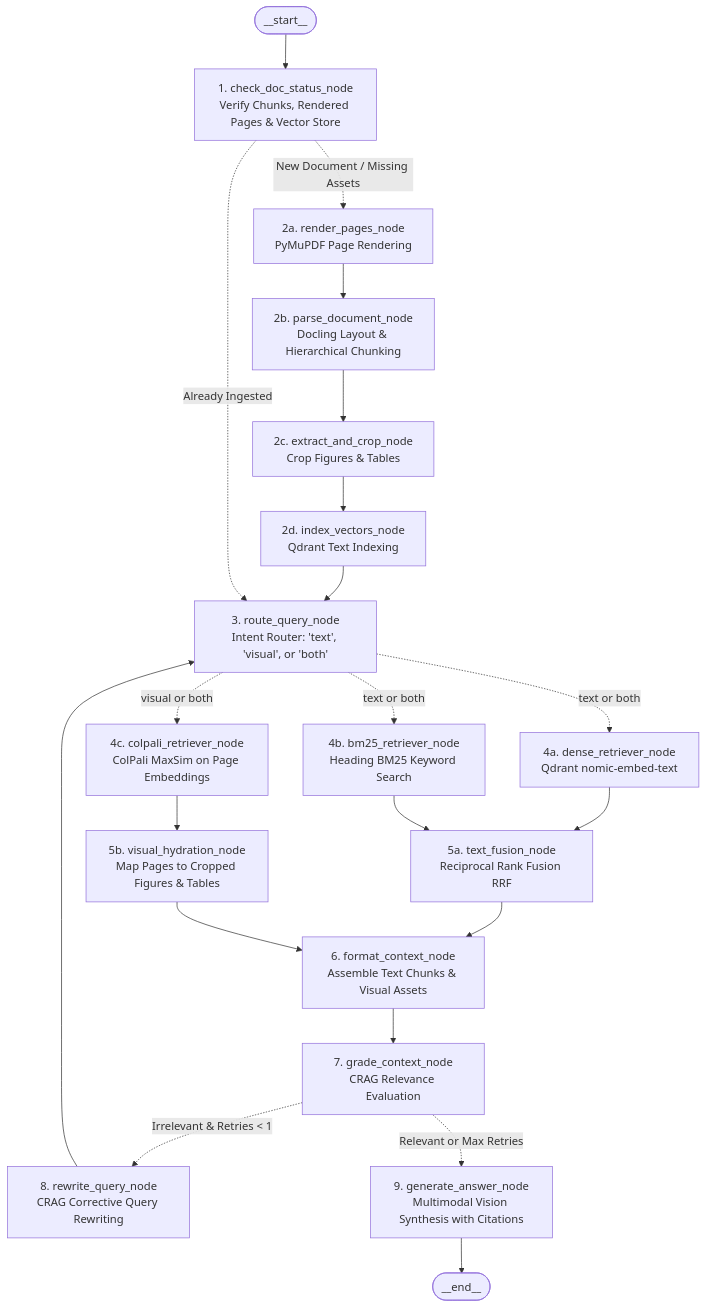
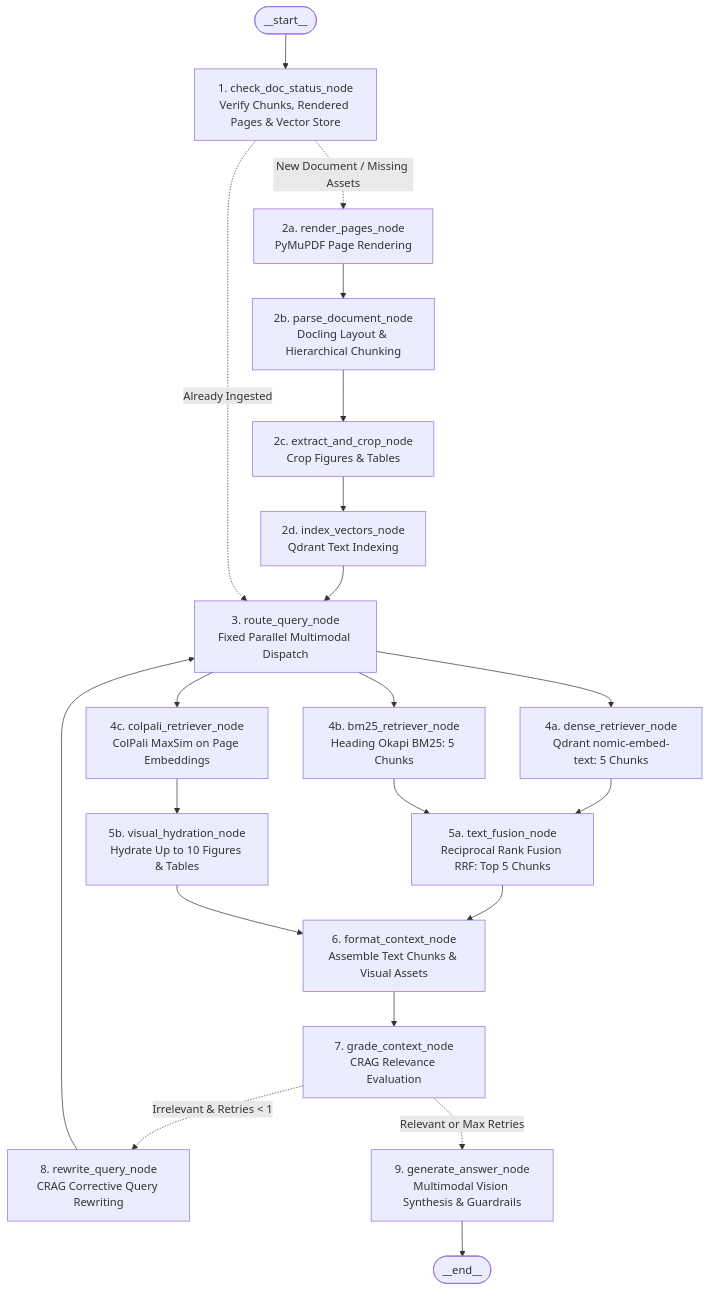
One commit to Rayyanxalii/Multi-Modal-RAG changed the diagram in README.md. Above: the diagram before and after it, drawn with Mermaid. The commit also changed other lines of this file and 17 other files, not shown here.

````diff
--- a/README.md
+++ b/README.md
@@ -11,37 +11,37 @@
 ```mermaid
 graph TD;
     __start__([__start__]) --> check_doc_status[1. check_doc_status_node<br/>Verify Chunks, Rendered Pages & Vector Store]
 
     %% Ingestion Branch
     check_doc_status -.->|"New Document / Missing Assets"| render_pages[2a. render_pages_node<br/>PyMuPDF Page Rendering]
     render_pages --> parse_document[2b. parse_document_node<br/>Docling Layout & Hierarchical Chunking]
     parse_document --> extract_and_crop[2c. extract_and_crop_node<br/>Crop Figures & Tables]
     extract_and_crop --> index_vectors[2d. index_vectors_node<br/>Qdrant Text Indexing]
     index_vectors --> route_query
 
     %% Fast Path for Ingested Document
-    check_doc_status -.->|"Already Ingested"| route_query[3. route_query_node<br/>Intent Router: 'text', 'visual', or 'both']
+    check_doc_status -.->|"Already Ingested"| route_query[3. route_query_node<br/>Fixed Parallel Multimodal Dispatch]
 
     %% Parallel Multi-Modal Retrieval Branches
-    route_query -.->|"text or both"| dense_retriever[4a. dense_retriever_node<br/>Qdrant nomic-embed-text]
-    route_query -.->|"text or both"| bm25_retriever[4b. bm25_retriever_node<br/>Heading BM25 Keyword Search]
-    route_query -.->|"visual or both"| colpali_retriever[4c. colpali_retriever_node<br/>ColPali MaxSim on Page Embeddings]
+    route_query --> dense_retriever[4a. dense_retriever_node<br/>Qdrant nomic-embed-text: 5 Chunks]
+    route_query --> bm25_retriever[4b. bm25_retriever_node<br/>Heading Okapi BM25: 5 Chunks]
+    route_query --> colpali_retriever[4c. colpali_retriever_node<br/>ColPali MaxSim on Page Embeddings]
 
     %% Fusion & Asset Hydration
-    dense_retriever --> text_fusion[5a. text_fusion_node<br/>Reciprocal Rank Fusion RRF]
+    dense_retriever --> text_fusion[5a. text_fusion_node<br/>Reciprocal Rank Fusion RRF: Top 5 Chunks]
     bm25_retriever --> text_fusion
-    colpali_retriever --> visual_hydration[5b. visual_hydration_node<br/>Map Pages to Cropped Figures & Tables]
+    colpali_retriever --> visual_hydration[5b. visual_hydration_node<br/>Hydrate Up to 10 Figures & Tables]
 
     %% Context Assembly
     text_fusion --> format_context[6. format_context_node<br/>Assemble Text Chunks & Visual Assets]
     visual_hydration --> format_context
 
     %% CRAG Corrective Loop
     format_context --> grade_context[7. grade_context_node<br/>CRAG Relevance Evaluation]
     grade_context -.->|"Irrelevant & Retries < 1"| rewrite_query[8. rewrite_query_node<br/>CRAG Corrective Query Rewriting]
     rewrite_query --> route_query
 
     %% Grounded Answer Synthesis
-    grade_context -.->|"Relevant or Max Retries"| generate_answer[9. generate_answer_node<br/>Multimodal Vision Synthesis with Citations]
+    grade_context -.->|"Relevant or Max Retries"| generate_answer[9. generate_answer_node<br/>Multimodal Vision Synthesis & Guardrails]
     generate_answer --> __end__([__end__])
 ```
````
